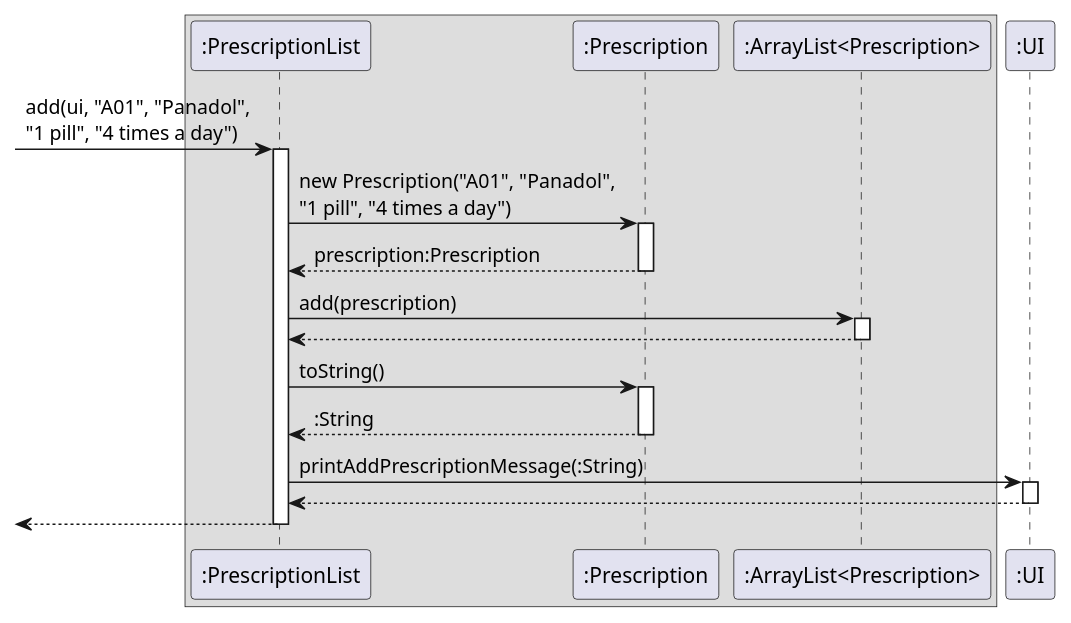
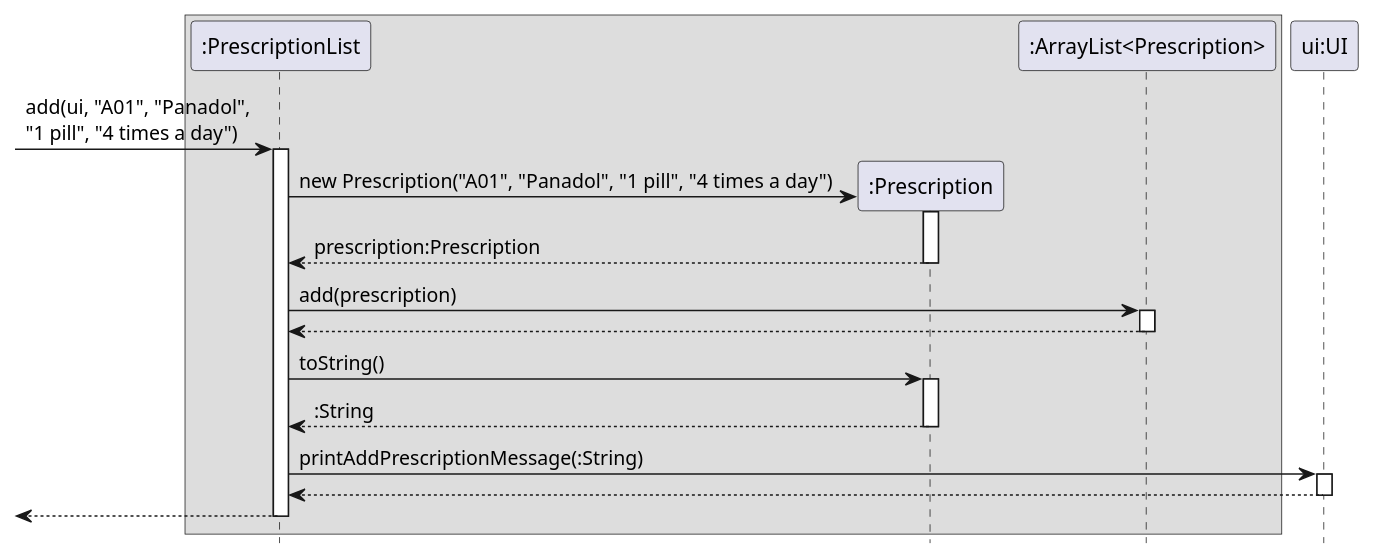
One commit to nus-cs2113-AY2223S1/tp changed the diagram in docs/diagrams/PrescriptionListAdd.puml. Above: the diagram before and after it, drawn with PlantUML. The commit also changed 2 other files, not shown here.

Commit message:
Format changes to PlantUML diagram

```diff
--- a/docs/diagrams/PrescriptionListAdd.puml
+++ b/docs/diagrams/PrescriptionListAdd.puml
@@ -1,31 +1,36 @@
 @startuml
+hide footbox
+
 box
 participant ":PrescriptionList" as A
 participant ":Prescription" as B
 participant ":ArrayList<Prescription>" as C
 end box
 
-participant ":UI" as D
+participant "ui:UI" as D
 
 [-> A : add(ui, "A01", "Panadol", \n"1 pill", "4 times a day")
 activate A
 
-A -> B : new Prescription("A01", "Panadol", \n"1 pill", "4 times a day")
+
+create B
+A -> B : new Prescription("A01", "Panadol", "1 pill", "4 times a day")
 activate B
-return prescription:Prescription
+B --> A : prescription:Prescription
+deactivate B
 
 A -> C : add(prescription)
 activate C
 return
 
 A -> B : toString()
 activate B
 return :String
 
 A -> D : printAddPrescriptionMessage(:String)
 activate D
 return
 
 return
 
 @enduml
```
